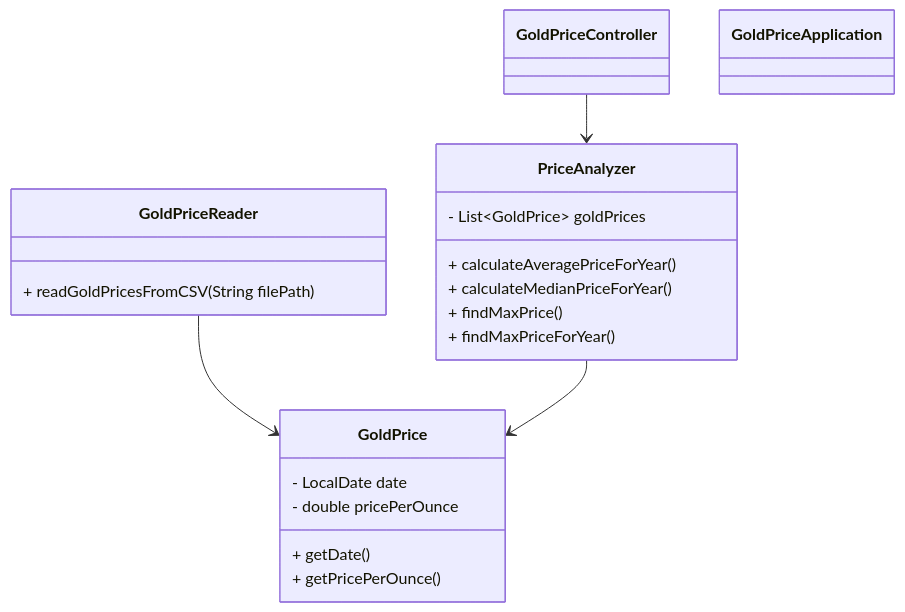
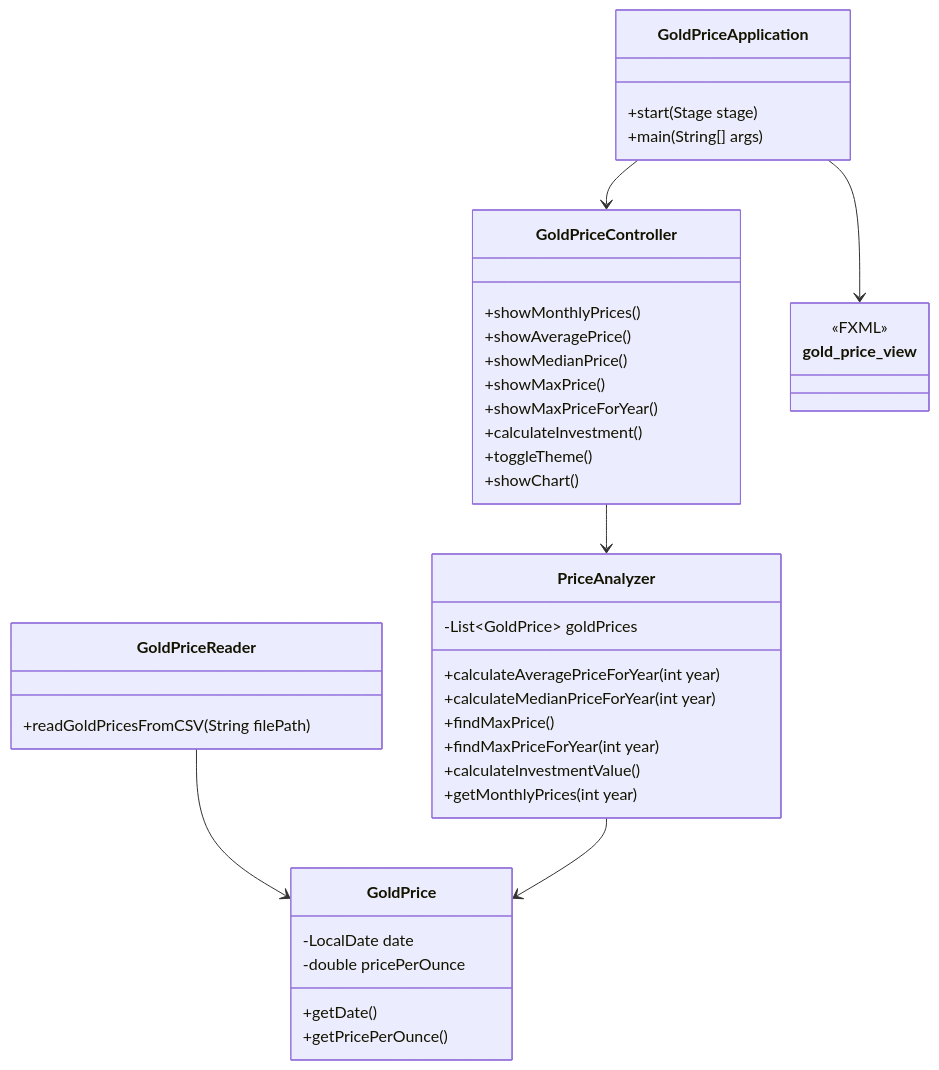
One commit to kavzdjj/analyza_ceny_zlata changed the first of 2 diagrams in README.md. Above: the diagram before and after it, drawn with Mermaid. The commit also changed 3 other files, not shown here.

Commit message:
flowchart kod, uml diagram kod

````diff
--- a/README.md
+++ b/README.md
@@ -68,29 +68,50 @@
 ```mermaid
 classDiagram
-    class GoldPrice {
-        - LocalDate date
-        - double pricePerOunce
-        + getDate()
-        + getPricePerOunce()
-    }
-
-    class GoldPriceReader {
-        + readGoldPricesFromCSV(String filePath)
-    }
-
-    class PriceAnalyzer {
-        - List~GoldPrice~ goldPrices
-        + calculateAveragePriceForYear()
-        + calculateMedianPriceForYear()
-        + findMaxPrice()
-        + findMaxPriceForYear()
-    }
-
-    class GoldPriceController
-
-    class GoldPriceApplication
 
     GoldPriceReader --> GoldPrice
     PriceAnalyzer --> GoldPrice
     GoldPriceController --> PriceAnalyzer
+    GoldPriceApplication --> GoldPriceController
+    GoldPriceApplication --> gold_price_view
+
+    class GoldPrice {
+        -LocalDate date
+        -double pricePerOunce
+        +getDate()
+        +getPricePerOunce()
+    }
+
+    class GoldPriceReader {
+        +readGoldPricesFromCSV(String filePath)
+    }
+
+    class PriceAnalyzer {
+        -List~GoldPrice~ goldPrices
+        +calculateAveragePriceForYear(int year)
+        +calculateMedianPriceForYear(int year)
+        +findMaxPrice()
+        +findMaxPriceForYear(int year)
+        +calculateInvestmentValue()
+        +getMonthlyPrices(int year)
+    }
+
+    class GoldPriceController {
+        +showMonthlyPrices()
+        +showAveragePrice()
+        +showMedianPrice()
+        +showMaxPrice()
+        +showMaxPriceForYear()
+        +calculateInvestment()
+        +toggleTheme()
+        +showChart()
+    }
+
+    class GoldPriceApplication {
+        +start(Stage stage)
+        +main(String[] args)
+    }
+
+    class gold_price_view {
+        <<FXML>>
+    }
 ```
````
